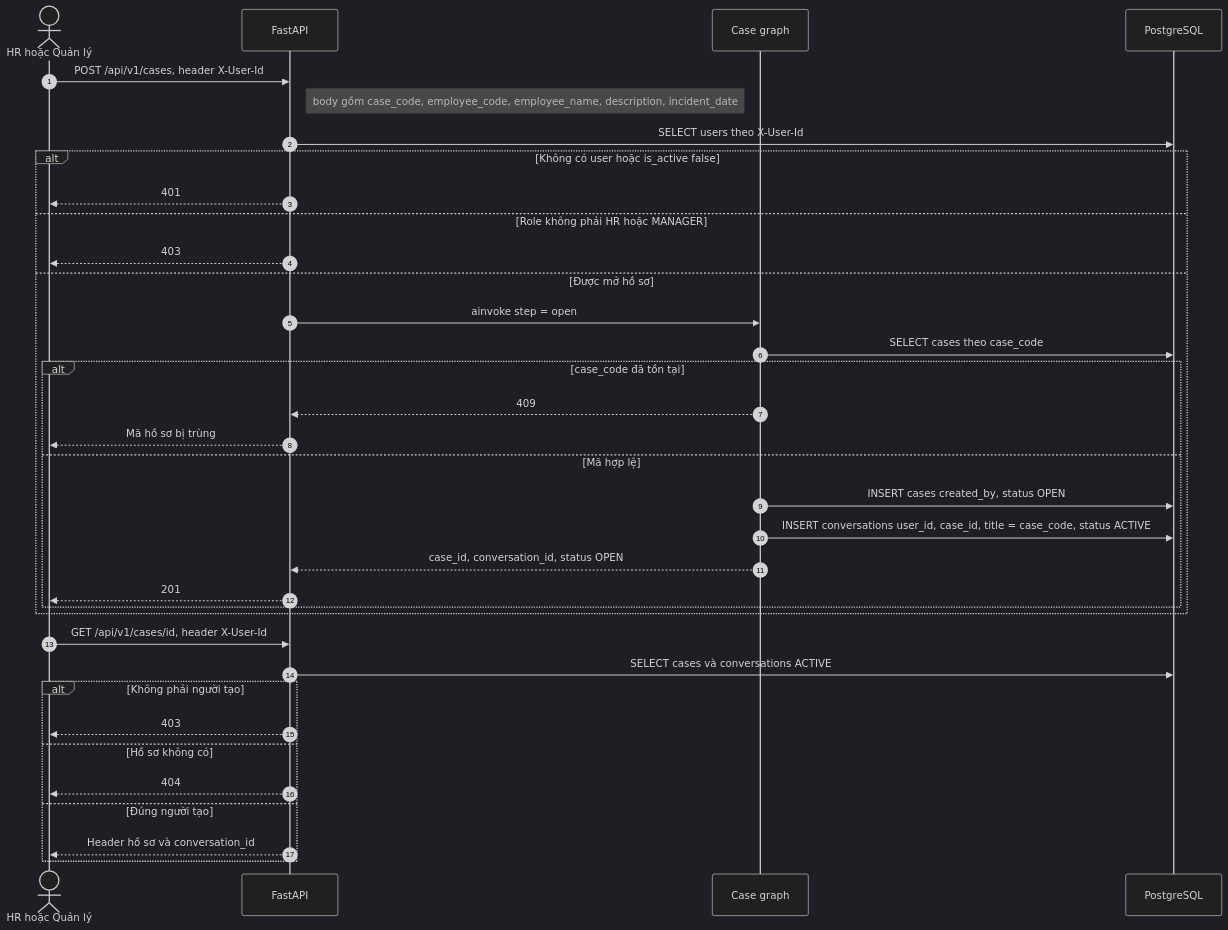
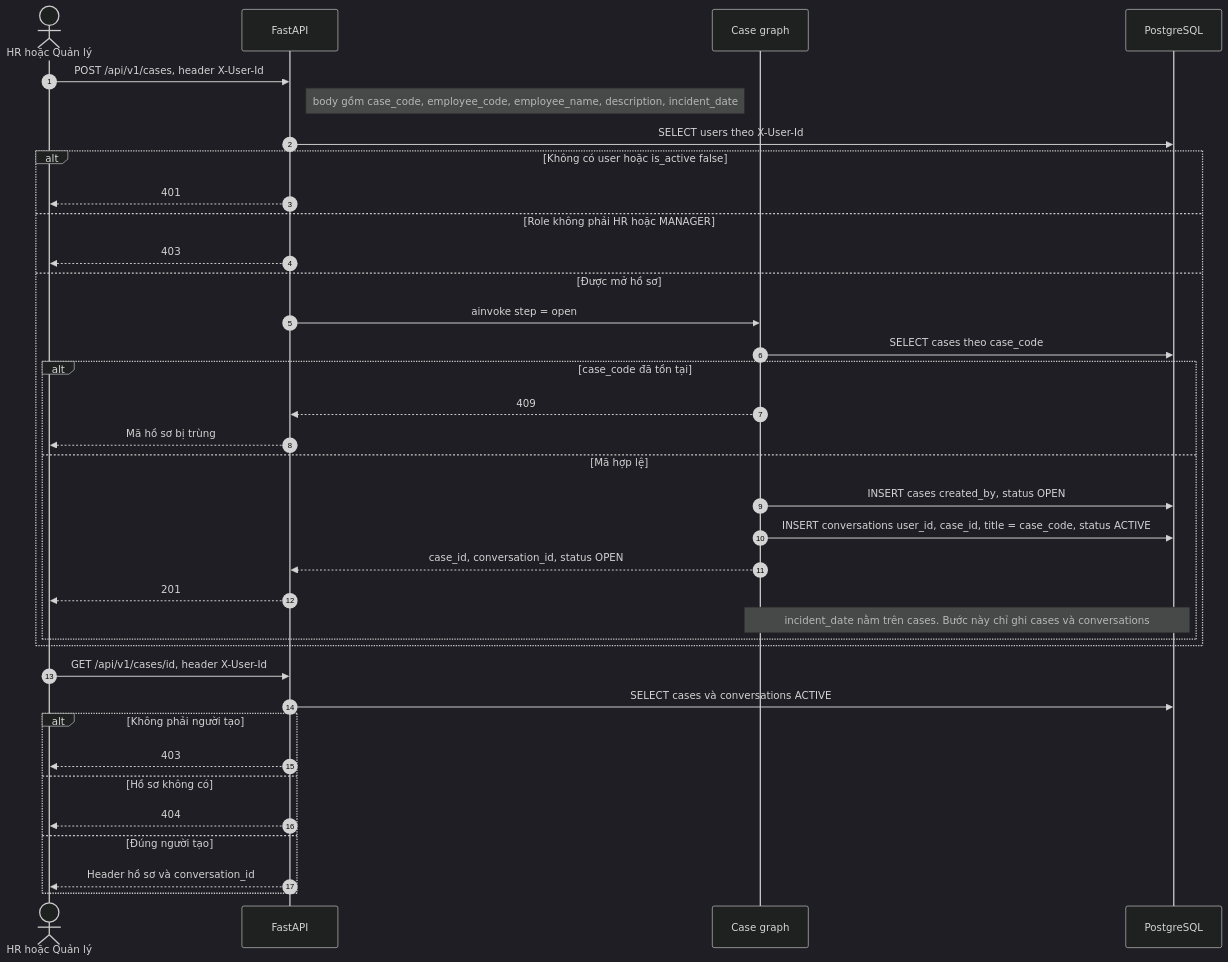
The third of 15 diagrams in docs/features/features.md (Tuan-Nguyen-Minhh/HRHelp), drawn with Mermaid (dark theme) before and after one commit. The commit also changed other lines of this file and 7 other files, not shown here.

````diff
--- a/docs/features/features.md
+++ b/docs/features/features.md
@@ -177,39 +177,40 @@
 ```mermaid
 sequenceDiagram
     autonumber
     actor HR as HR hoặc Quản lý
     participant API as FastAPI
     participant CG as Case graph
     participant DB as PostgreSQL
 
     HR->>API: POST /api/v1/cases, header X-User-Id
     Note right of API: body gồm case_code, employee_code, employee_name, description, incident_date
     API->>DB: SELECT users theo X-User-Id
     alt Không có user hoặc is_active false
         API-->>HR: 401
     else Role không phải HR hoặc MANAGER
         API-->>HR: 403
     else Được mở hồ sơ
         API->>CG: ainvoke step = open
         CG->>DB: SELECT cases theo case_code
         alt case_code đã tồn tại
             CG-->>API: 409
             API-->>HR: Mã hồ sơ bị trùng
         else Mã hợp lệ
             CG->>DB: INSERT cases created_by, status OPEN
             CG->>DB: INSERT conversations user_id, case_id, title = case_code, status ACTIVE
             CG-->>API: case_id, conversation_id, status OPEN
             API-->>HR: 201
+            Note over CG,DB: incident_date nằm trên cases. Bước này chỉ ghi cases và conversations
         end
     end
 
     HR->>API: GET /api/v1/cases/id, header X-User-Id
     API->>DB: SELECT cases và conversations ACTIVE
     alt Không phải người tạo
         API-->>HR: 403
     else Hồ sơ không có
         API-->>HR: 404
     else Đúng người tạo
         API-->>HR: Header hồ sơ và conversation_id
     end
 ```
````
